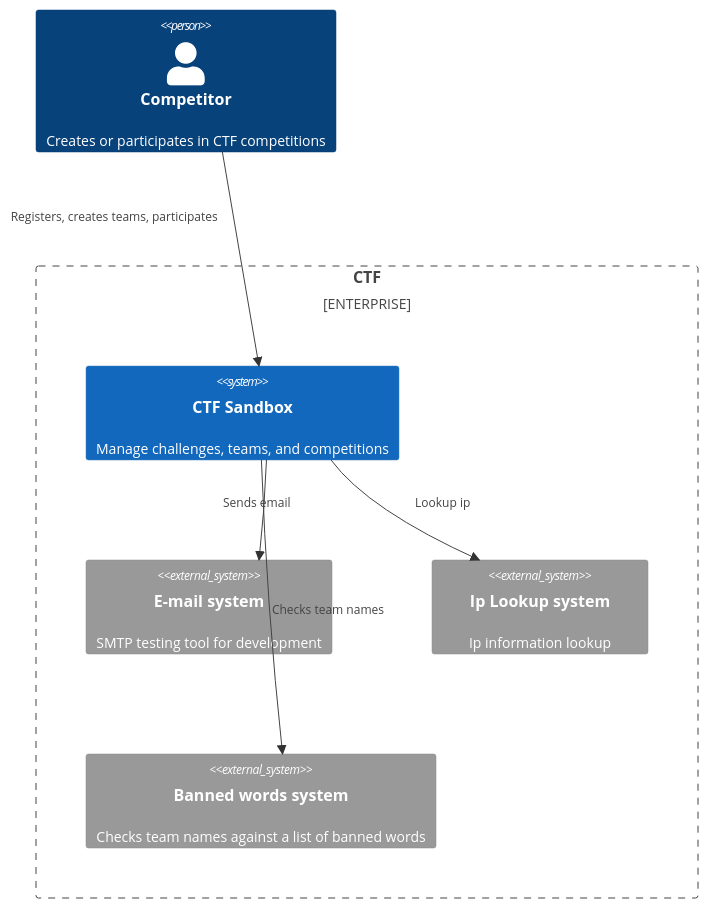
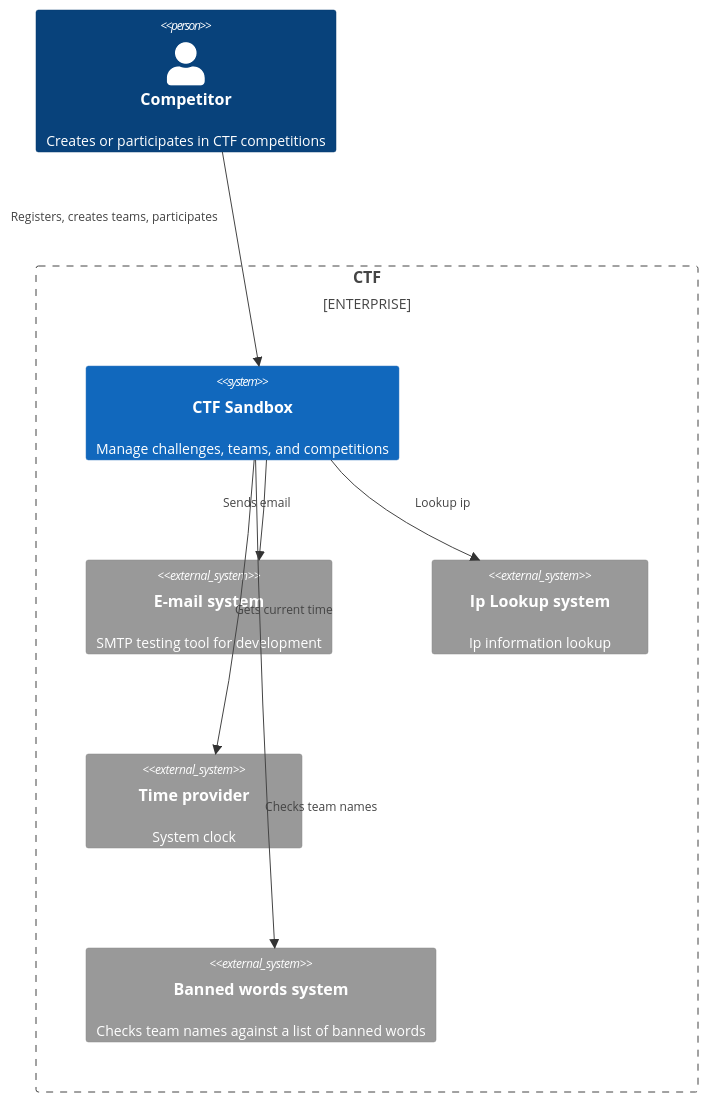
Before and after one commit to CurlyFire/ctf-sandbox: the first of 2 diagrams in README.md, drawn with Mermaid. The commit also changed other lines of this file, not shown here.

````diff
--- a/README.md
+++ b/README.md
@@ -52,22 +52,26 @@
 ```mermaid
 C4Context
     UpdateLayoutConfig($c4ShapeInRow="2", $c4BoundaryInRow="1")
     Person(user, "Competitor", "Creates or participates in CTF competitions")
     Enterprise_Boundary(b0, "CTF") {
         System(systemctf, "CTF Sandbox", "Manage challenges, teams, and competitions")
         System_Ext(systememail, "E-mail system", "SMTP testing tool for development")
         System_Ext(systemipinfo, "Ip Lookup system", "Ip information lookup")
+        System_Ext(systemtime, "Time provider", "System clock")
         System_Ext(bannedwords, "Banned words system", "Checks team names against a list of banned words")
 
         Rel(user, systemctf, "Registers, creates teams, participates")
         UpdateRelStyle(user, systemctf, $offsetX="-230", $offsetY="-45")
 
         Rel(systemctf, systememail, "Sends email")
         UpdateRelStyle(systemctf, systememail, $offsetX="-40", $offsetY="-10")
 
         Rel(systemctf, systemipinfo, "Lookup ip")
         UpdateRelStyle(systemctf, systemipinfo, $offsetX="10", $offsetY="-10")
 
+        Rel(systemctf, systemtime, "Gets current time")
+
         Rel(systemctf, bannedwords, "Checks team names")
+        UpdateRelStyle(systemctf, bannedwords, $offsetY="100")
     }
 ```
````
